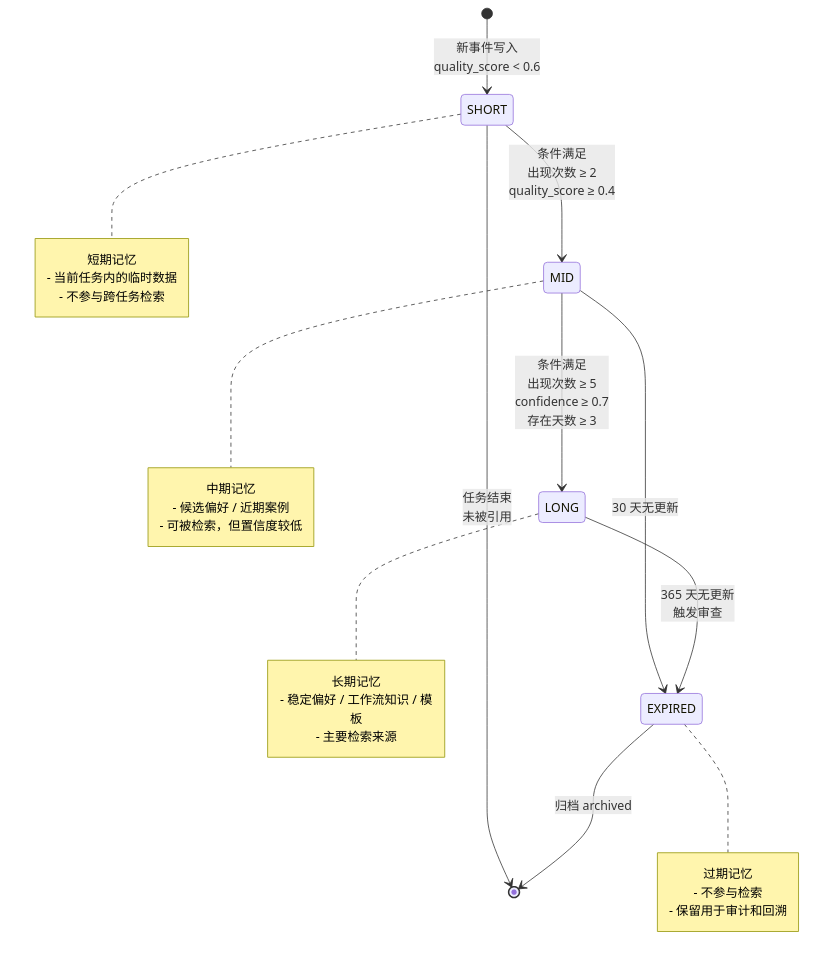
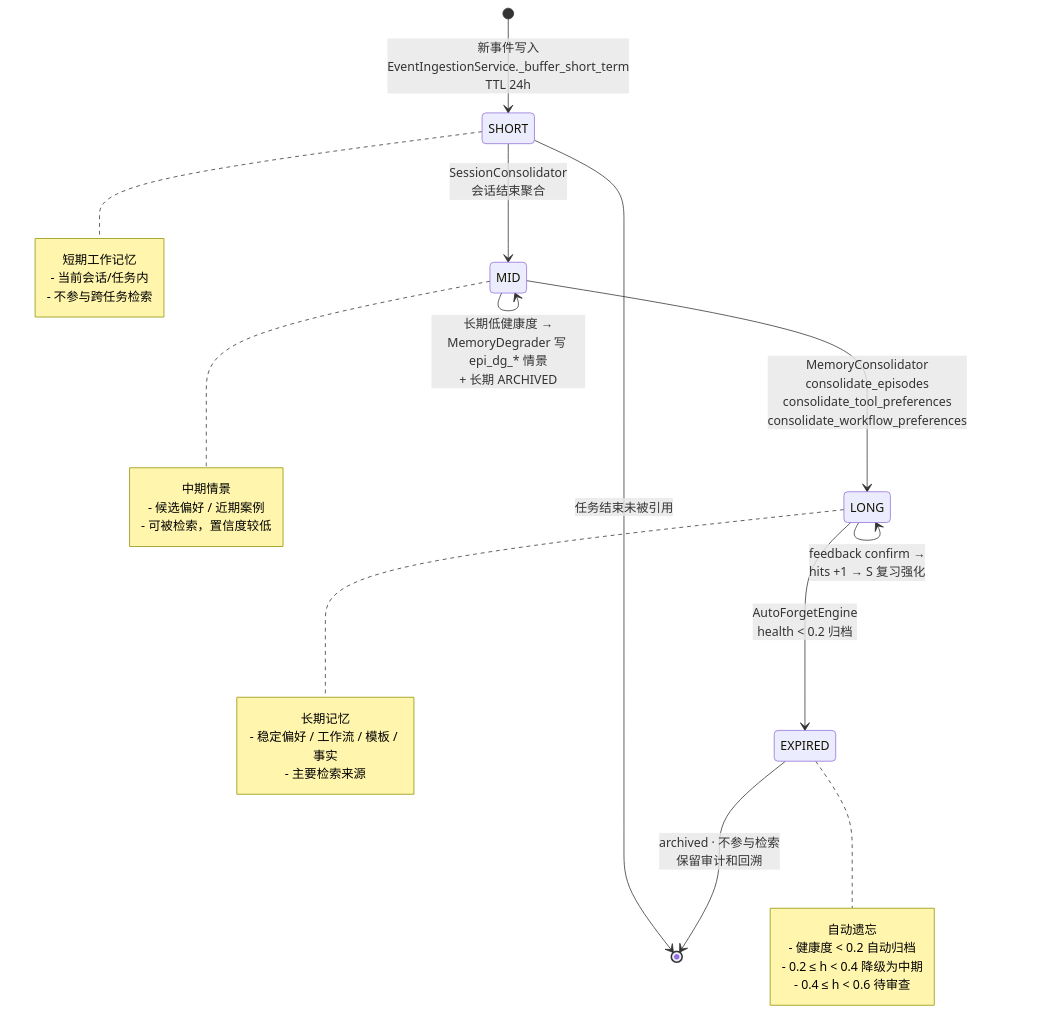
Before and after one commit to pyzw618/XA202612-2: the fifth of 14 diagrams in docs/ARCHITECTURE.md, drawn with Mermaid. The commit also changed other lines of this file and 5 other files, not shown here.

````diff
--- a/docs/ARCHITECTURE.md
+++ b/docs/ARCHITECTURE.md
@@ -281,38 +293,41 @@
 ```mermaid
 stateDiagram-v2
-    [*] --> SHORT: 新事件写入<br/>quality_score < 0.6
+    [*] --> SHORT: 新事件写入<br/>EventIngestionService._buffer_short_term<br/>TTL 24h
 
-    SHORT --> MID: 条件满足<br/>出现次数 ≥ 2<br/>quality_score ≥ 0.4
-    SHORT --> [*]: 任务结束<br/>未被引用
+    SHORT --> MID: SessionConsolidator<br/>会话结束聚合
+    SHORT --> [*]: 任务结束未被引用
 
-    MID --> LONG: 条件满足<br/>出现次数 ≥ 5<br/>confidence ≥ 0.7<br/>存在天数 ≥ 3
-    MID --> EXPIRED: 30 天无更新
+    MID --> LONG: MemoryConsolidator<br/>consolidate_episodes<br/>consolidate_tool_preferences<br/>consolidate_workflow_preferences
 
-    LONG --> EXPIRED: 365 天无更新<br/>触发审查
+    MID --> MID: 长期低健康度 →<br/>MemoryDegrader 写 epi_dg_* 情景<br/>+ 长期 ARCHIVED
 
-    EXPIRED --> [*]: 归档 archived
+    LONG --> EXPIRED: AutoForgetEngine<br/>health < 0.2 归档
+    LONG --> LONG: feedback confirm →<br/>hits +1 → S 复习强化
+
+    EXPIRED --> [*]: archived · 不参与检索<br/>保留审计和回溯
 
     note right of SHORT
-        短期记忆
-        - 当前任务内的临时数据
+        短期工作记忆
+        - 当前会话/任务内
         - 不参与跨任务检索
     end note
 
     note right of MID
-        中期记忆
+        中期情景
         - 候选偏好 / 近期案例
-        - 可被检索，但置信度较低
+        - 可被检索，置信度较低
     end note
 
     note right of LONG
         长期记忆
-        - 稳定偏好 / 工作流知识 / 模板
+        - 稳定偏好 / 工作流 / 模板 / 事实
         - 主要检索来源
     end note
 
     note right of EXPIRED
-        过期记忆
-        - 不参与检索
-        - 保留用于审计和回溯
+        自动遗忘
+        - 健康度 < 0.2 自动归档
+        - 0.2 ≤ h < 0.4 降级为中期
+        - 0.4 ≤ h < 0.6 待审查
     end note
 ```
````
